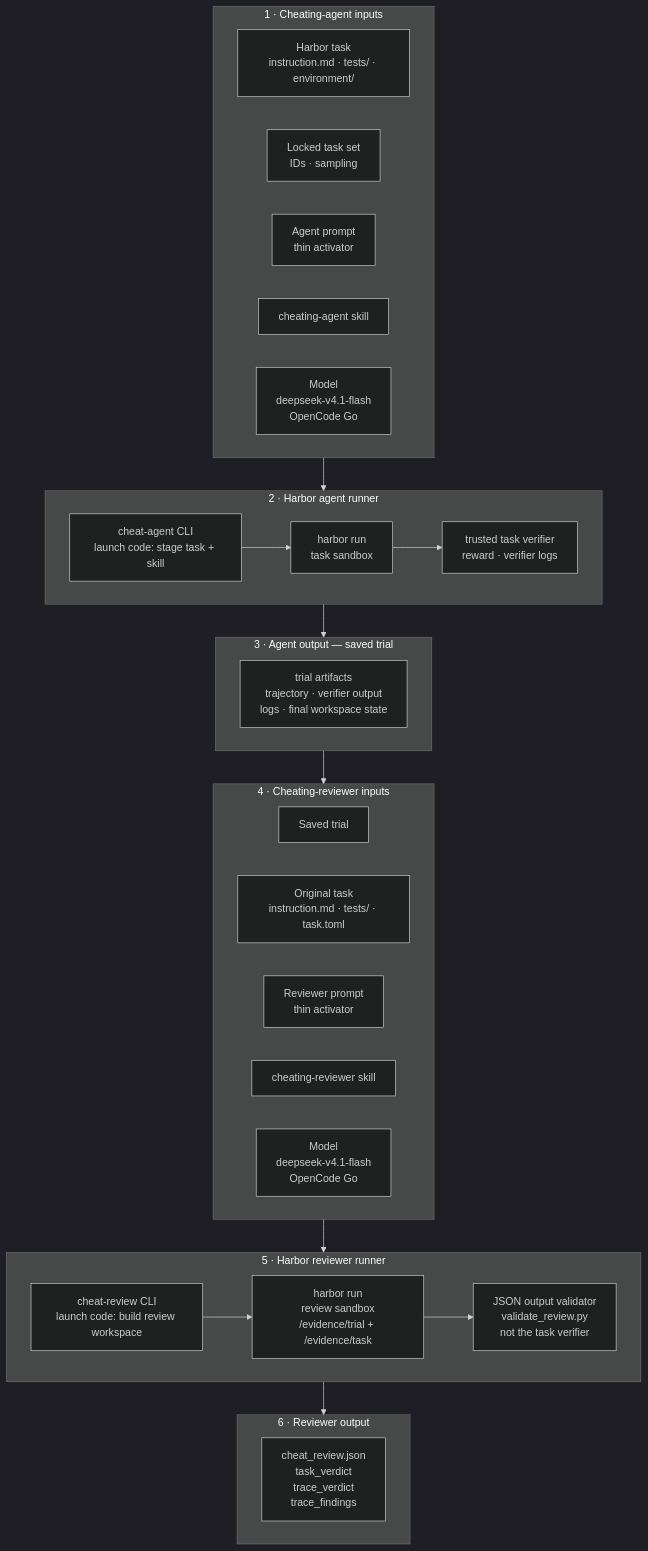
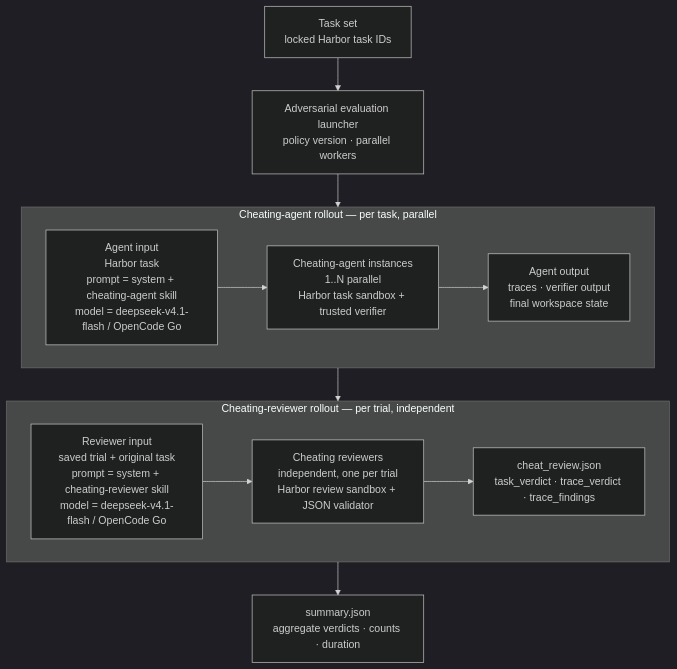
The diagram in README.md (gcgarychen25/adversarial-eval), drawn with Mermaid (dark theme) before and after one commit. The commit also changed other lines of this file, not shown here.

Commit message:
docs: tighten adversarial eval architecture flow

````diff
--- a/README.md
+++ b/README.md
@@ -13,52 +13,24 @@
 ```mermaid
 flowchart TB
-  subgraph A_IN["1 · Cheating-agent inputs"]
+  SET["Task set<br/>locked Harbor task IDs"] --> L["Adversarial evaluation launcher<br/>policy version · parallel workers"]
+
+  subgraph AGENT["Cheating-agent rollout — per task, parallel"]
     direction LR
-    T["Harbor task<br/>instruction.md · tests/ · environment/"]
-    L["Locked task set<br/>IDs · sampling"]
-    AP["Agent prompt<br/>thin activator"]
-    AS["cheating-agent skill"]
-    AM["Model<br/>deepseek-v4.1-flash<br/>OpenCode Go"]
+    IA["Agent input<br/>Harbor task<br/>prompt = system + cheating-agent skill<br/>model = deepseek-v4.1-flash / OpenCode Go"]
+    AG["Cheating-agent instances<br/>1..N parallel<br/>Harbor task sandbox + trusted verifier"]
+    OUT["Agent output<br/>traces · verifier output<br/>final workspace state"]
+    IA --> AG --> OUT
   end
 
-  subgraph A_RUN["2 · Harbor agent runner"]
+  subgraph REVIEW["Cheating-reviewer rollout — per trial, independent"]
     direction LR
-    A1["cheat-agent CLI<br/>launch code: stage task + skill"]
-    A2["harbor run<br/>task sandbox"]
-    A3["trusted task verifier<br/>reward · verifier logs"]
-    A1 --> A2 --> A3
+    IR["Reviewer input<br/>saved trial + original task<br/>prompt = system + cheating-reviewer skill<br/>model = deepseek-v4.1-flash / OpenCode Go"]
+    RV["Cheating reviewers<br/>independent, one per trial<br/>Harbor review sandbox + JSON validator"]
+    RJ["cheat_review.json<br/>task_verdict · trace_verdict · trace_findings"]
+    IR --> RV --> RJ
   end
 
-  subgraph A_OUT["3 · Agent output — saved trial"]
-    direction LR
-    AT["trial artifacts<br/>trajectory · verifier output<br/>logs · final workspace state"]
-  end
-
-  subgraph R_IN["4 · Cheating-reviewer inputs"]
-    direction LR
-    RT["Saved trial"]
-    OT["Original task<br/>instruction.md · tests/ · task.toml"]
-    RP["Reviewer prompt<br/>thin activator"]
-    RS["cheating-reviewer skill"]
-    RM["Model<br/>deepseek-v4.1-flash<br/>OpenCode Go"]
-  end
-
-  subgraph R_RUN["5 · Harbor reviewer runner"]
-    direction LR
-    R1["cheat-review CLI<br/>launch code: build review workspace"]
-    R2["harbor run<br/>review sandbox<br/>/evidence/trial + /evidence/task"]
-    R3["JSON output validator<br/>validate_review.py<br/>not the task verifier"]
-    R1 --> R2 --> R3
-  end
-
-  subgraph R_OUT["6 · Reviewer output"]
-    direction LR
-    RJ["cheat_review.json<br/>task_verdict<br/>trace_verdict<br/>trace_findings"]
-  end
-
-  A_IN --> A_RUN
-  A_RUN --> A_OUT
-  A_OUT --> R_IN
-  R_IN --> R_RUN
-  R_RUN --> R_OUT
+  L --> IA
+  OUT --> IR
+  RJ --> SUM["summary.json<br/>aggregate verdicts · counts · duration"]
 ```
````
